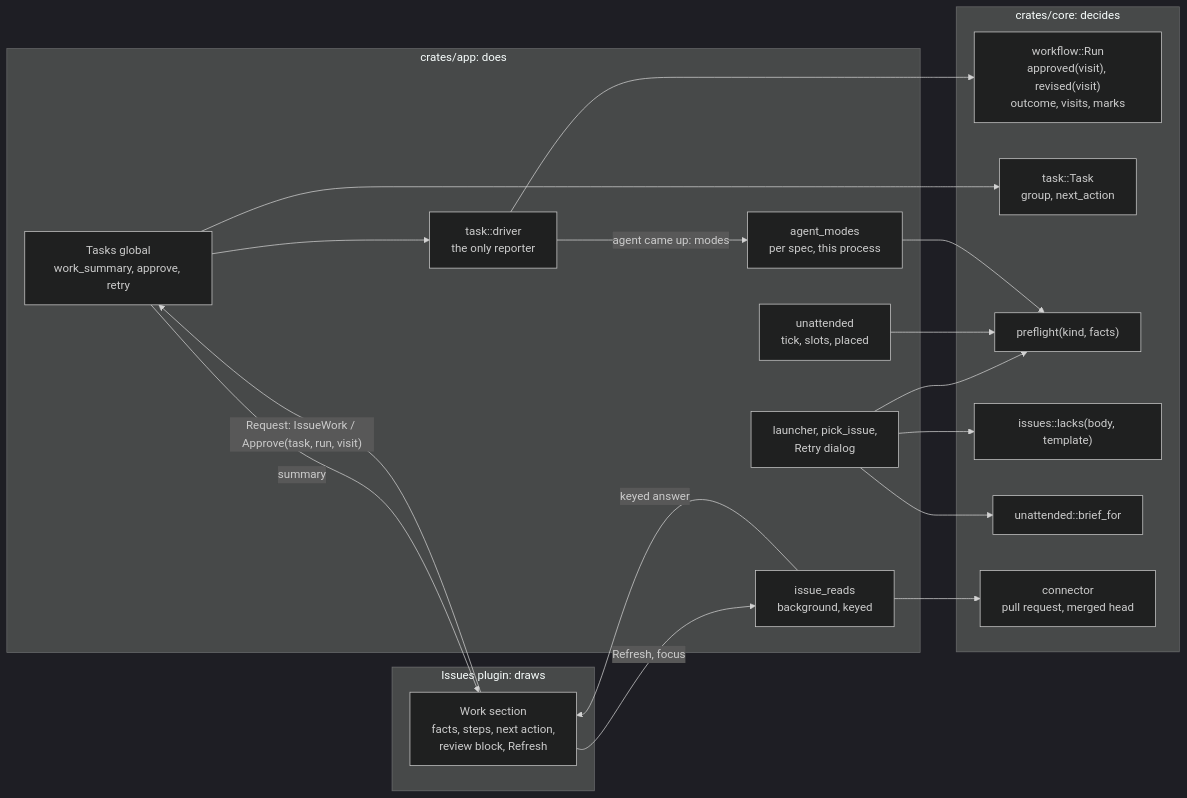
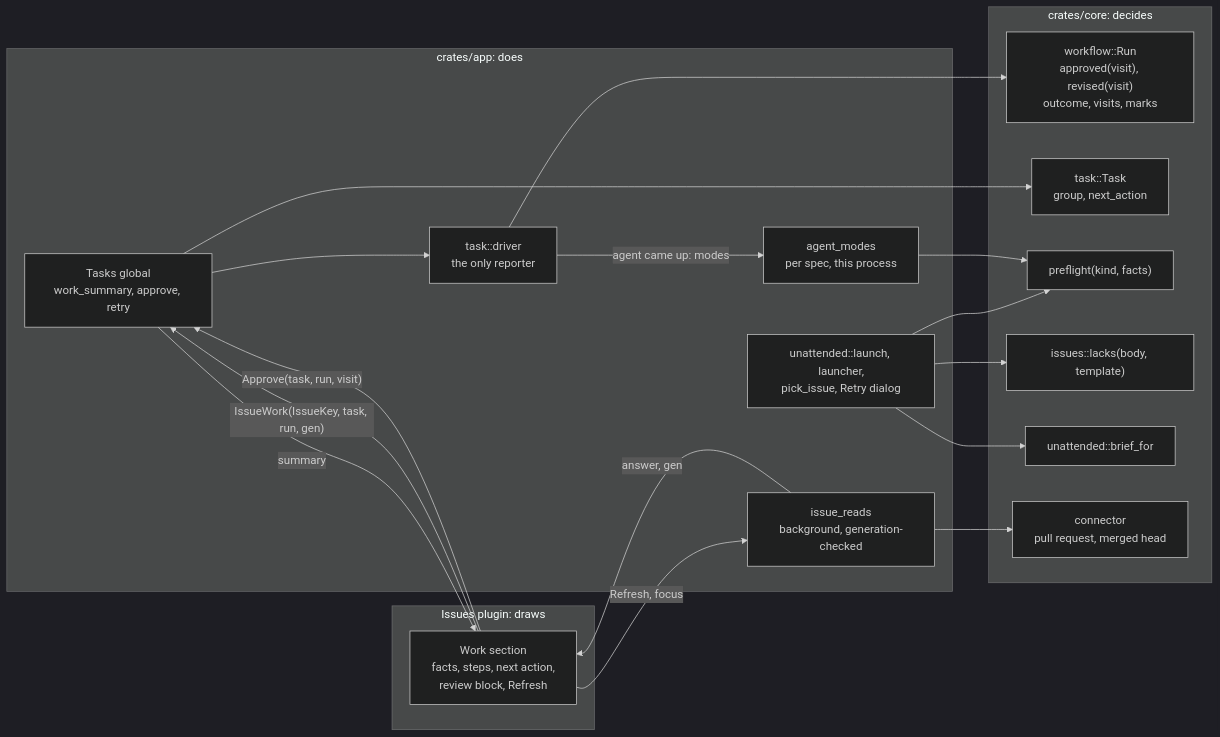
Before and after one commit to jarviisha/onehand: the first of 5 diagrams in docs/proposals/issue-workflows/architecture.md, drawn with Mermaid (dark theme). The commit also changed other lines of this file and 4 other files, not shown here.

````diff
--- a/docs/proposals/issue-workflows/architecture.md
+++ b/docs/proposals/issue-workflows/architecture.md
@@ -44,37 +76,36 @@
 ```mermaid
 flowchart LR
     subgraph core["crates/core: decides"]
         Run["workflow::Run<br/>approved(visit), revised(visit)<br/>outcome, visits, marks"]
         Task["task::Task<br/>group, next_action"]
         Pre["preflight(kind, facts)"]
         Lacks["issues::lacks(body, template)"]
         Brief["unattended::brief_for"]
         Conn["connector<br/>pull request, merged head"]
     end
     subgraph app["crates/app: does"]
         Tasks["Tasks global<br/>work_summary, approve, retry"]
         Driver["task::driver<br/>the only reporter"]
-        Reads["issue_reads<br/>background, keyed"]
+        Reads["issue_reads<br/>background, generation-checked"]
         Modes["agent_modes<br/>per spec, this process"]
-        Launch["launcher, pick_issue,<br/>Retry dialog"]
-        Unatt["unattended<br/>tick, slots, placed"]
+        Launch["unattended::launch, launcher,<br/>pick_issue, Retry dialog"]
     end
     subgraph plugin["Issues plugin: draws"]
         Work["Work section<br/>facts, steps, next action,<br/>review block, Refresh"]
     end
 
-    Work -- "Request: IssueWork / Approve(task, run, visit)" --> Tasks
+    Work -- "IssueWork(IssueKey, task, run, gen)" --> Tasks
+    Work -- "Approve(task, run, visit)" --> Tasks
     Tasks -- "summary" --> Work
     Tasks --> Task
     Tasks --> Driver
     Driver --> Run
     Work -- "Refresh, focus" --> Reads
     Reads --> Conn
-    Reads -- "keyed answer" --> Work
+    Reads -- "answer, gen" --> Work
     Launch --> Pre
-    Unatt --> Pre
     Modes --> Pre
     Driver -- "agent came up: modes" --> Modes
     Launch --> Lacks
     Launch --> Brief
 ```
````
